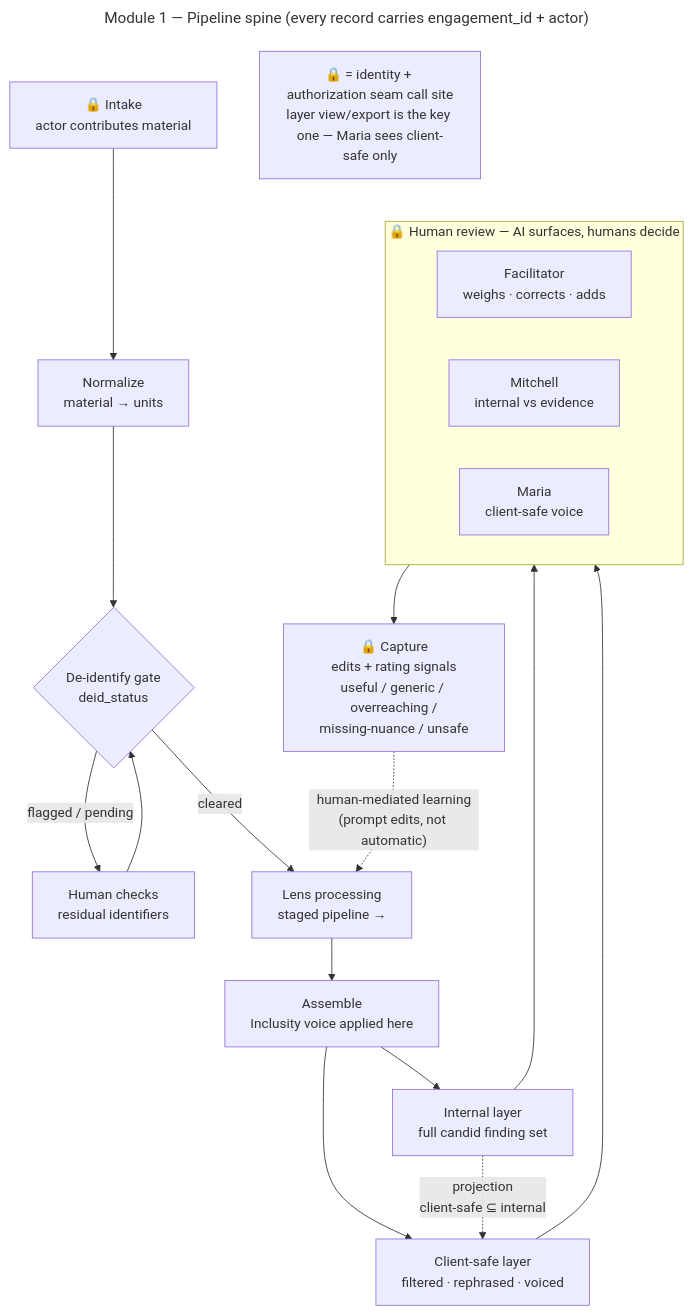
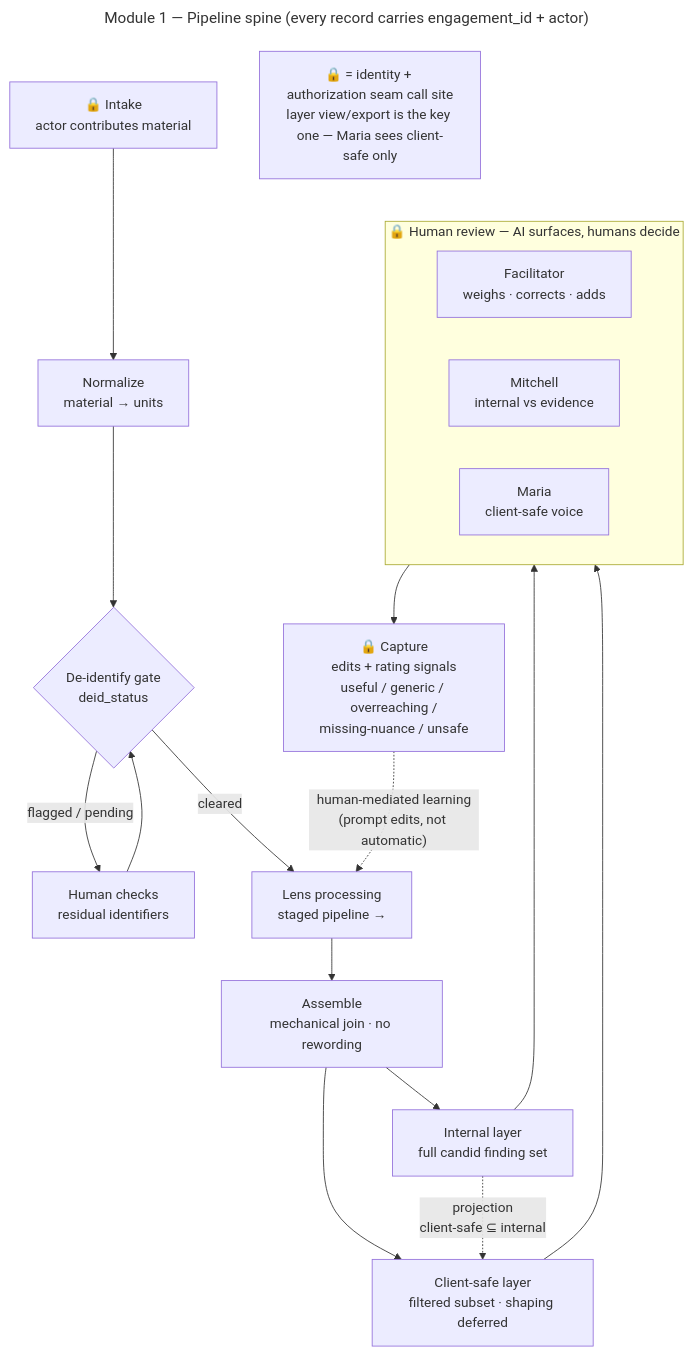
One commit to dkent600/HumanLens changed the first of 3 diagrams in docs/build_approach.md. Above: the diagram before and after it, drawn with Mermaid. The commit also changed other lines of this file and 1 other file, not shown here.

````diff
--- a/docs/build_approach.md
+++ b/docs/build_approach.md
@@ -596,27 +709,27 @@
 ```mermaid
 ---
 title: "Module 1 — Pipeline spine (every record carries engagement_id + actor)"
 ---
 flowchart TD
     A["🔒 Intake<br/>actor contributes material"] --> B["Normalize<br/>material → units"]
     B --> C{"De-identify gate<br/>deid_status"}
     C -->|"flagged / pending"| R["Human checks<br/>residual identifiers"]
     R --> C
     C -->|"cleared"| D["Lens processing<br/>staged pipeline →"]
-    D --> E["Assemble<br/>Inclusity voice applied here"]
+    D --> E["Assemble<br/>mechanical join · no rewording"]
     E --> INT["Internal layer<br/>full candid finding set"]
-    E --> CS["Client-safe layer<br/>filtered · rephrased · voiced"]
+    E --> CS["Client-safe layer<br/>filtered subset · shaping deferred"]
     INT -. "projection<br/>client-safe ⊆ internal" .-> CS
     INT --> HR
     CS --> HR
     subgraph HR["🔒 Human review — AI surfaces, humans decide"]
         direction LR
         F["Facilitator<br/>weighs · corrects · adds"]
         M["Mitchell<br/>internal vs evidence"]
         MA["Maria<br/>client-safe voice"]
     end
     HR --> CAP["🔒 Capture<br/>edits + rating signals<br/>useful / generic / overreaching /<br/>missing-nuance / unsafe"]
     CAP -. "human-mediated learning<br/>(prompt edits, not automatic)" .-> D
 
     LEG["🔒 = identity + authorization seam call site<br/>layer view/export is the key one — Maria sees client-safe only"]
 ```
````
